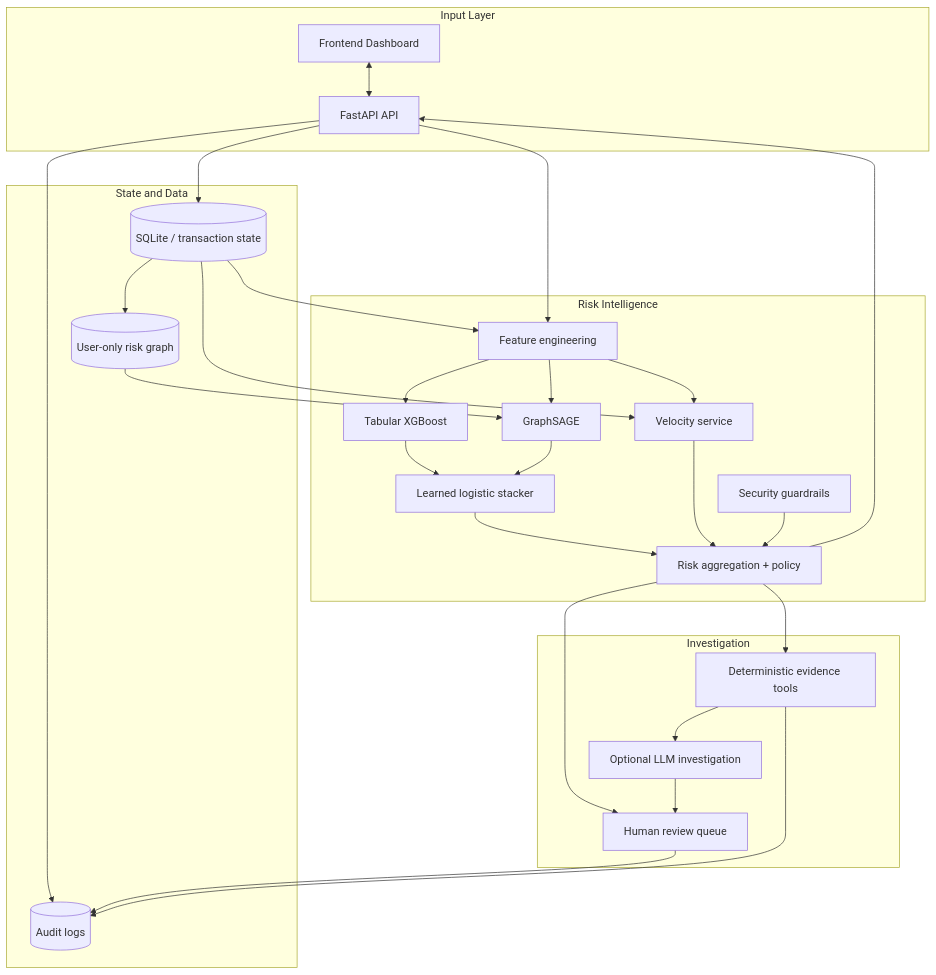
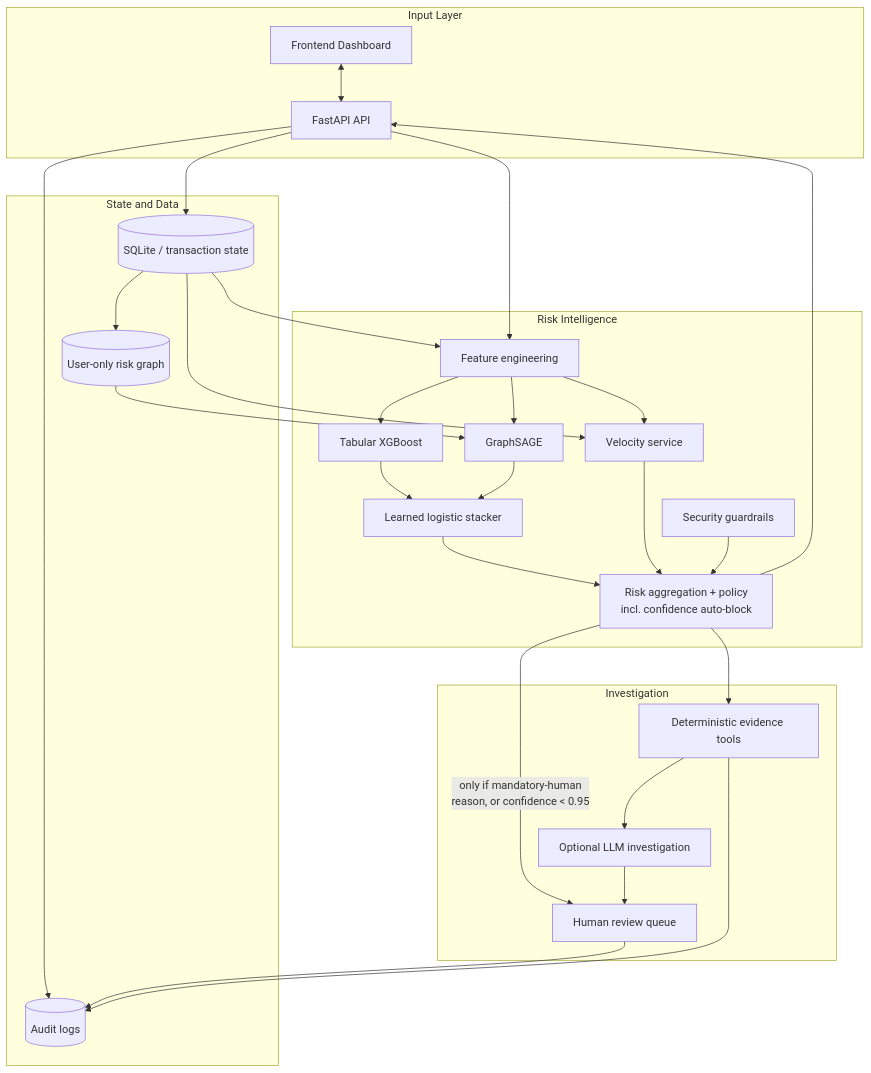
One commit to Dikshu015/RazorRisk-Agentic-AI-Payment-Fraud-Risk-Investigation-Platform changed the diagram in docs/diagrams/system-structure.mmd. Above: the diagram before and after it, drawn with Mermaid. The commit also changed 2 other files, not shown here.

Commit message:
added auto block threeshold

```diff
--- a/docs/diagrams/system-structure.mmd
+++ b/docs/diagrams/system-structure.mmd
@@ -1,51 +1,52 @@
+%%{init: {'flowchart': {'nodeSpacing': 32, 'rankSpacing': 55}}}%%
 flowchart TB
     subgraph Input[Input Layer]
         UI[Frontend Dashboard]
         API[FastAPI API]
     end
 
     subgraph State[State and Data]
         DB[(SQLite / transaction state)]
         GRAPH[(User-only risk graph)]
         AUDIT[(Audit logs)]
     end
 
     subgraph Intelligence[Risk Intelligence]
         FE[Feature engineering]
         TAB[Tabular XGBoost]
         GNN[GraphSAGE]
         STACK[Learned logistic stacker]
-        POLICY[Risk aggregation + policy]
+        POLICY[Risk aggregation + policy<br/>incl. confidence auto-block]
         GUARD[Security guardrails]
         VEL[Velocity service]
     end
 
     subgraph Investigation[Investigation]
         EVID[Deterministic evidence tools]
         LLM[Optional LLM investigation]
         HITL[Human review queue]
     end
 
     UI <--> API
     API --> FE
     API --> DB
     DB --> VEL
     DB --> FE
     FE --> TAB
     FE --> GNN
     GRAPH --> GNN
     FE --> VEL
     TAB --> STACK
     GNN --> STACK
     STACK --> POLICY
     VEL --> POLICY
     GUARD --> POLICY
     POLICY --> API
     POLICY --> EVID
     EVID --> LLM
-    POLICY --> HITL
+    POLICY -->|"only if mandatory-human<br/>reason, or confidence < 0.95"| HITL
     LLM --> HITL
     API --> AUDIT
     HITL --> AUDIT
     EVID --> AUDIT
     DB --> GRAPH
```
